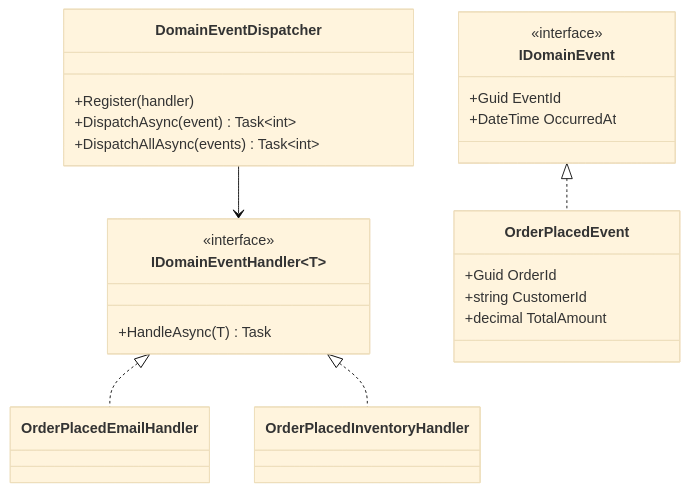
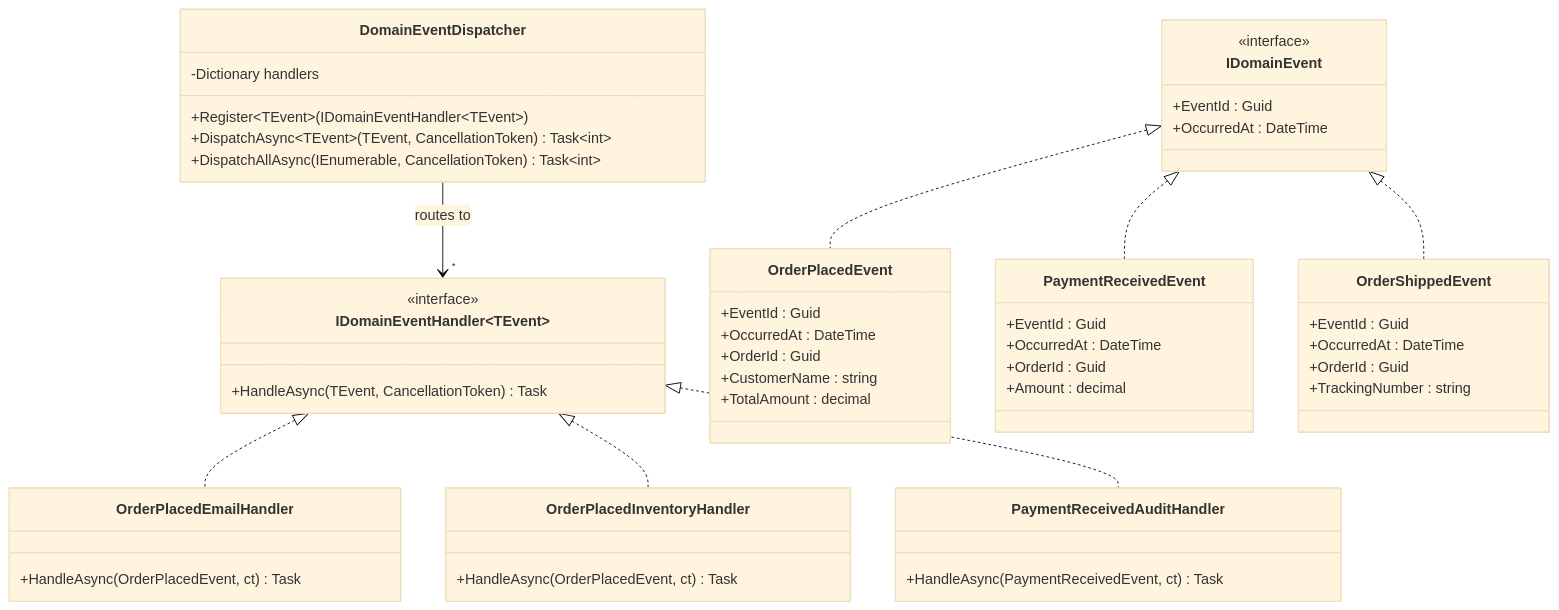
Before and after one commit to senapatisantosh/DotnetAdvanceDesignPattern: the first of 2 diagrams in src/DesignPatterns.Enterprise/DomainEvents/README.md, drawn with Mermaid (base theme). The commit also changed other lines of this file and 3 other files, not shown here.

````diff
--- a/src/DesignPatterns.Enterprise/DomainEvents/README.md
+++ b/src/DesignPatterns.Enterprise/DomainEvents/README.md
@@ -76,29 +76,62 @@
 ```mermaid
 classDiagram
     class IDomainEvent {
         <<interface>>
-        +Guid EventId
-        +DateTime OccurredAt
+        +EventId : Guid
+        +OccurredAt : DateTime
     }
-    class IDomainEventHandler~T~ {
+
+    class IDomainEventHandler~TEvent~ {
         <<interface>>
-        +HandleAsync(T) Task
+        +HandleAsync(TEvent, CancellationToken) Task
     }
+
     class DomainEventDispatcher {
-        +Register(handler)
-        +DispatchAsync(event) Task~int~
-        +DispatchAllAsync(events) Task~int~
+        -Dictionary handlers
+        +Register~TEvent~(IDomainEventHandler~TEvent~)
+        +DispatchAsync~TEvent~(TEvent, CancellationToken) Task~int~
+        +DispatchAllAsync(IEnumerable, CancellationToken) Task~int~
     }
+
     class OrderPlacedEvent {
-        +Guid OrderId
-        +string CustomerId
-        +decimal TotalAmount
+        +EventId : Guid
+        +OccurredAt : DateTime
+        +OrderId : Guid
+        +CustomerName : string
+        +TotalAmount : decimal
     }
-    class OrderPlacedEmailHandler
-    class OrderPlacedInventoryHandler
+
+    class PaymentReceivedEvent {
+        +EventId : Guid
+        +OccurredAt : DateTime
+        +OrderId : Guid
+        +Amount : decimal
+    }
+
+    class OrderShippedEvent {
+        +EventId : Guid
+        +OccurredAt : DateTime
+        +OrderId : Guid
+        +TrackingNumber : string
+    }
+
+    class OrderPlacedEmailHandler {
+        +HandleAsync(OrderPlacedEvent, ct) Task
+    }
+
+    class OrderPlacedInventoryHandler {
+        +HandleAsync(OrderPlacedEvent, ct) Task
+    }
+
+    class PaymentReceivedAuditHandler {
+        +HandleAsync(PaymentReceivedEvent, ct) Task
+    }
 
     IDomainEvent <|.. OrderPlacedEvent
-    IDomainEventHandler~T~ <|.. OrderPlacedEmailHandler
-    IDomainEventHandler~T~ <|.. OrderPlacedInventoryHandler
-    DomainEventDispatcher --> IDomainEventHandler~T~
+    IDomainEvent <|.. PaymentReceivedEvent
+    IDomainEvent <|.. OrderShippedEvent
+    IDomainEventHandler~TEvent~ <|.. OrderPlacedEmailHandler
+    IDomainEventHandler~TEvent~ <|.. OrderPlacedInventoryHandler
+    IDomainEventHandler~TEvent~ <|.. PaymentReceivedAuditHandler
+    DomainEventDispatcher --> "*" IDomainEventHandler~TEvent~ : routes to
 ```
````
